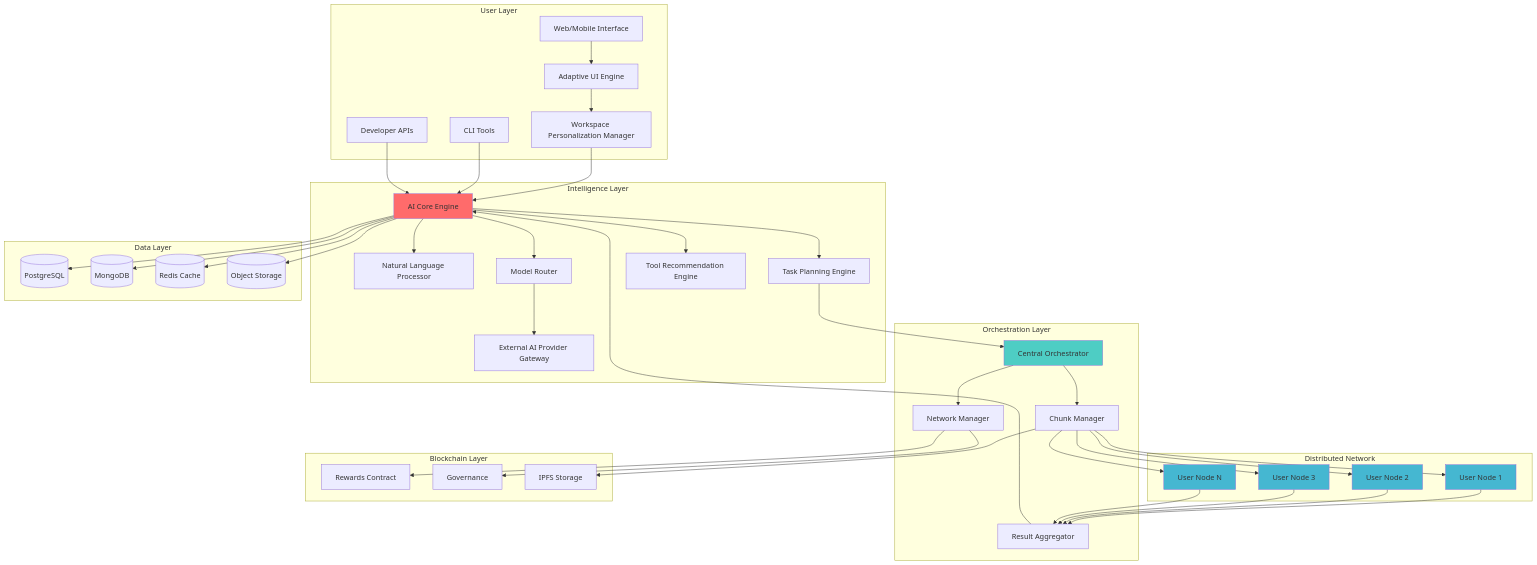
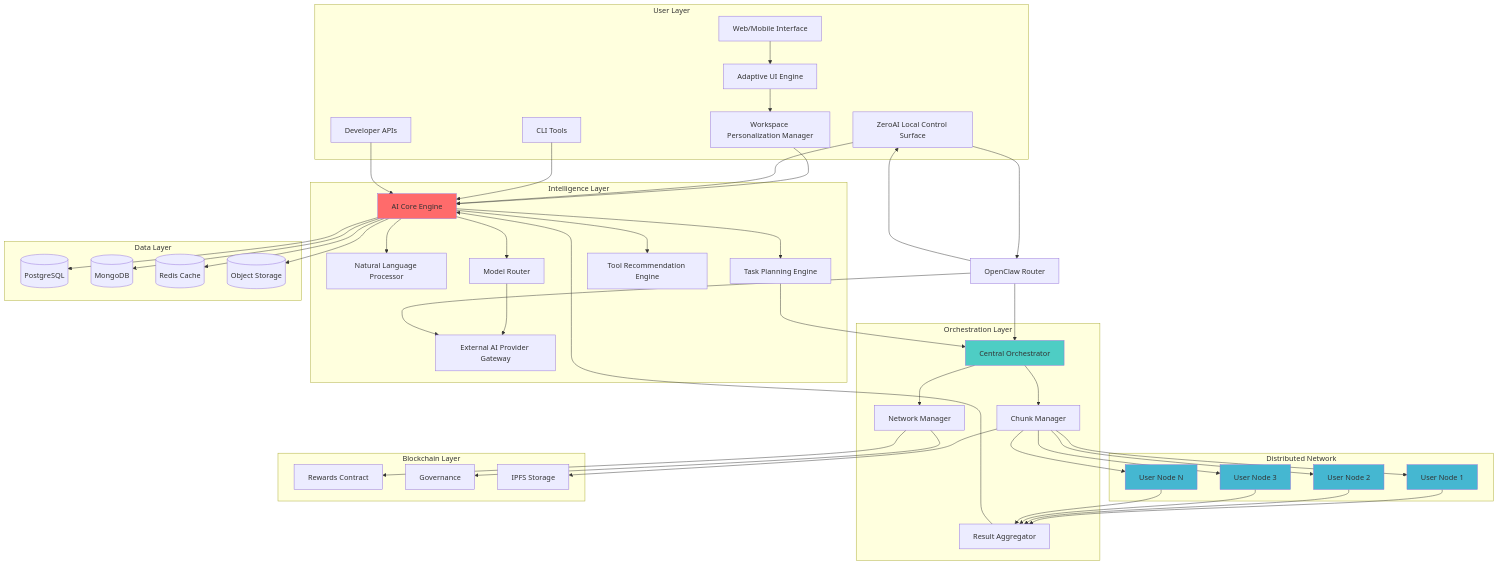
Before and after one commit to Ultra-Cube/Ultra-AI: the first of 5 diagrams in docs/architecture/system-architecture.md, drawn with Mermaid. The commit also changed other lines of this file and 2 other files, not shown here.

Commit message:
docs(architecture): align zeroai and distributed docs

```diff
--- a/docs/architecture/system-architecture.md
+++ b/docs/architecture/system-architecture.md
@@ -12,6 +14,7 @@
         UI[Web/Mobile Interface]
       AdaptiveUI[Adaptive UI Engine]
       WorkspaceManager[Workspace Personalization Manager]
+        ZeroAI[ZeroAI Local Control Surface]
         CLI[CLI Tools]
         API[Developer APIs]
     end
@@ -55,6 +58,8 @@
     UI --> AdaptiveUI
     AdaptiveUI --> WorkspaceManager
     WorkspaceManager --> AICore
+    ZeroAI --> AICore
+    ZeroAI --> OpenClaw[OpenClaw Router]
     CLI --> AICore
     API --> AICore
     
@@ -63,6 +68,9 @@
     AICore --> ModelRouter
     ModelRouter --> ModelGateway
     AICore --> ToolRecommender
+    OpenClaw --> ModelGateway
+    OpenClaw --> Orchestrator
+    OpenClaw --> ZeroAI
     
     TaskPlanner --> Orchestrator
     Orchestrator --> ChunkManager
```
